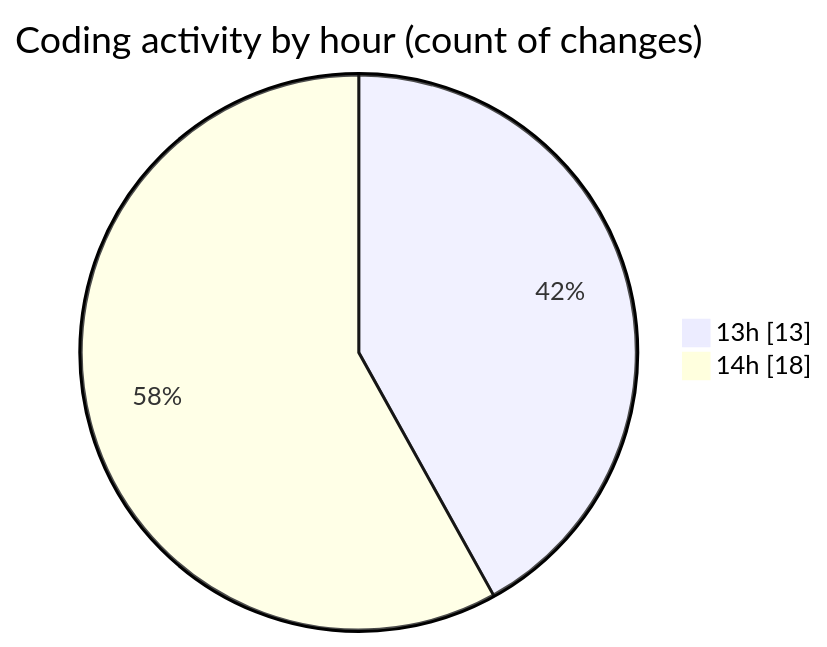
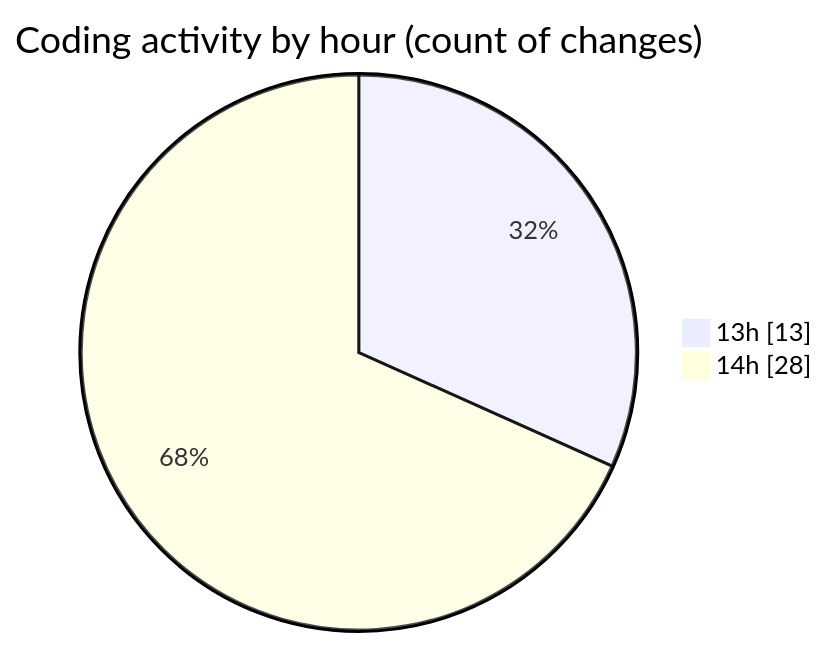
Before and after one commit to nxtqubesakshisongat/code-tracking: the second of 2 diagrams in 2025-06-05/nxtqube_webapp/README.md, drawn with Mermaid. The commit also changed other lines of this file and 1 other file, not shown here.

````diff
--- a/2025-06-05/nxtqube_webapp/README.md
+++ b/2025-06-05/nxtqube_webapp/README.md
@@ -29,6 +29,6 @@
 ```mermaid
 pie showData
 title Coding activity by hour (count of changes)
 "13h" : 13
-"14h" : 18
+"14h" : 28
 ```
````
